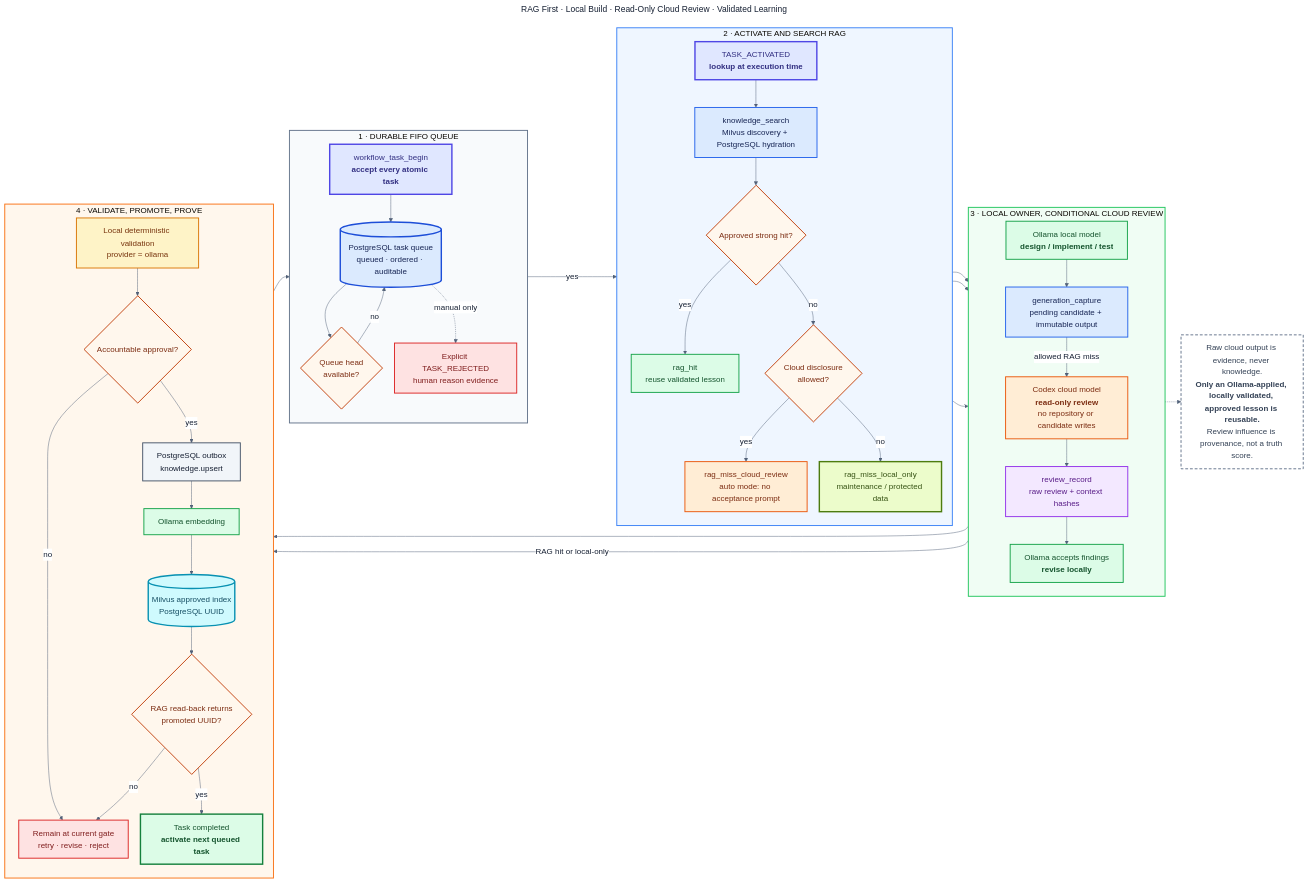
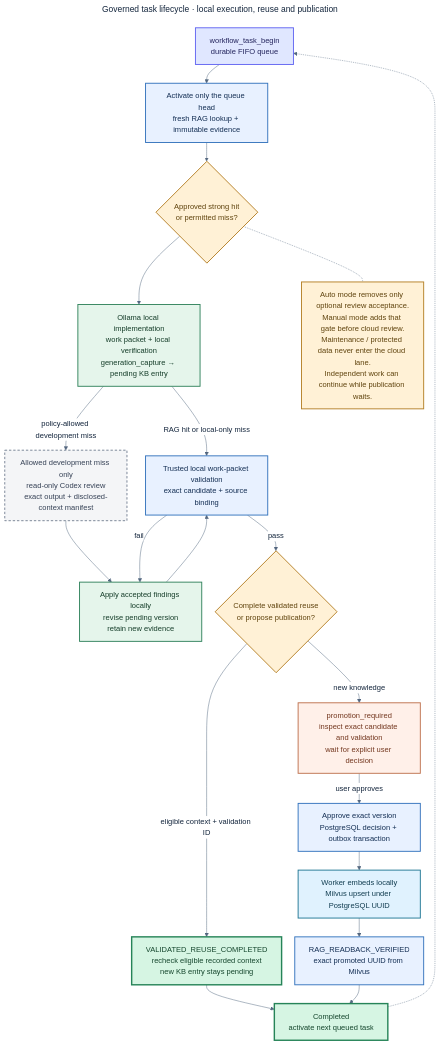
The diagram in docs/diagrams/hybrid-ai-review-learning-loop.mmd (dhanuka84/local-ai-development-platform), drawn with Mermaid before and after one commit. The commit also changed 71 other files, not shown here.

```diff
--- a/docs/diagrams/hybrid-ai-review-learning-loop.mmd
+++ b/docs/diagrams/hybrid-ai-review-learning-loop.mmd
@@ -1,101 +1,40 @@
 ---
-title: RAG First · Local Build · Read-Only Cloud Review · Validated Learning
+title: Governed task lifecycle · local execution, reuse and publication
 ---
-%%{init: {
-  "theme": "base",
-  "themeVariables": {
-    "fontFamily": "Inter, ui-sans-serif, system-ui, sans-serif",
-    "fontSize": "17px",
-    "primaryTextColor": "#162033",
-    "lineColor": "#526178",
-    "edgeLabelBackground": "#ffffff"
-  },
-  "flowchart": {"defaultRenderer": "dagre", "curve": "basis", "htmlLabels": true, "nodeSpacing": 26, "rankSpacing": 34}
-}}%%
-flowchart LR
+%%{init: {"theme":"base","themeVariables":{"fontFamily":"Arial, sans-serif","fontSize":"16px","primaryTextColor":"#14263d","lineColor":"#53677f","edgeLabelBackground":"#ffffff"},"flowchart":{"curve":"basis","htmlLabels":true,"nodeSpacing":28,"rankSpacing":40},"fontFamily":"Arial, sans-serif","themeCSS":".nodeLabel, .edgeLabel, .cluster-label, .flowchartTitleText { font-family: Arial, sans-serif !important; }"}}%%
+flowchart TB
+    QUEUE["workflow_task_begin<br/>durable FIFO queue"]:::client
+    ACT["Activate only the queue head<br/>fresh RAG lookup + immutable evidence"]:::service
+    ROUTE{"Approved strong hit<br/>or permitted miss?"}:::gate
+    LOCAL["Ollama local implementation<br/>work packet + local verification<br/>generation_capture → pending KB entry"]:::local
+    CLOUD["Allowed development miss only<br/>read-only Codex review<br/>exact output + disclosed-context manifest"]:::target
+    REVISE["Apply accepted findings locally<br/>revise pending version<br/>retain new evidence"]:::local
+    VALID["Trusted local work-packet validation<br/>exact candidate + source binding"]:::service
+    USE{"Complete validated reuse<br/>or propose publication?"}:::gate
+    REUSE["VALIDATED_REUSE_COMPLETED<br/>recheck eligible recorded context<br/>new KB entry stays pending"]:::done
+    WAIT["promotion_required<br/>inspect exact candidate and validation<br/>wait for explicit user decision"]:::pending
+    PUB["Approve exact version<br/>PostgreSQL decision + outbox transaction"]:::service
+    INDEX["Worker embeds locally<br/>Milvus upsert under PostgreSQL UUID"]:::data
+    BACK["RAG_READBACK_VERIFIED<br/>exact promoted UUID from Milvus"]:::service
+    DONE["Completed<br/>activate next queued task"]:::done
+    QUEUE --> ACT --> ROUTE --> LOCAL
+    LOCAL -->|RAG hit or local-only miss| VALID
+    LOCAL -->|policy-allowed development miss| CLOUD --> REVISE --> VALID
+    VALID -->|pass| USE
+    VALID -->|fail| REVISE
+    USE -->|eligible context + validation ID| REUSE --> DONE
+    USE -->|new knowledge| WAIT
+    WAIT -->|user approves| PUB --> INDEX --> BACK --> DONE
+    DONE -.-> QUEUE
+    NOTE["Auto mode removes only optional review acceptance.<br/>Manual mode adds that gate before cloud review.<br/>Maintenance / protected data never enter the cloud lane.<br/>Independent work can continue while publication waits."]:::gate
+    ROUTE -.- NOTE
 
-    subgraph QUEUE["1 · DURABLE FIFO QUEUE"]
-        direction TB
-        SUBMIT["workflow_task_begin<br/><b>accept every atomic task</b>"]:::control
-        FIFO[("PostgreSQL task queue<br/>queued · ordered · auditable")]:::database
-        HEAD{"Queue head<br/>available?"}:::decision
-        REJECT["Explicit TASK_REJECTED<br/>human reason evidence"]:::reject
-        SUBMIT --> FIFO --> HEAD
-        FIFO -. "manual only" .-> REJECT
-    end
-
-    subgraph ROUTE["2 · ACTIVATE AND SEARCH RAG"]
-        direction TB
-        ACTIVATE["TASK_ACTIVATED<br/><b>lookup at execution time</b>"]:::control
-        SEARCH["knowledge_search<br/>Milvus discovery + PostgreSQL hydration"]:::gateway
-        MATCH{"Approved strong hit?"}:::decision
-        POLICY{"Cloud disclosure<br/>allowed?"}:::decision
-        HIT["rag_hit<br/>reuse validated lesson"]:::local
-        MISS["rag_miss_cloud_review<br/>auto mode: no acceptance prompt"]:::cloud
-        LOCALONLY["rag_miss_local_only<br/>maintenance / protected data"]:::maintenance
-        ACTIVATE --> SEARCH --> MATCH
-        MATCH -- yes --> HIT
-        MATCH -- no --> POLICY
-        POLICY -- yes --> MISS
-        POLICY -- no --> LOCALONLY
-    end
-
-    subgraph WORK["3 · LOCAL OWNER, CONDITIONAL CLOUD REVIEW"]
-        direction TB
-        OLLAMA["Ollama local model<br/><b>design / implement / test</b>"]:::local
-        CAPTURE["generation_capture<br/>pending candidate + immutable output"]:::gateway
-        CLOUD["Codex cloud model<br/><b>read-only review</b><br/>no repository or candidate writes"]:::cloud
-        RAW["review_record<br/>raw review + context hashes"]:::artifact
-        REVISE["Ollama accepts findings<br/><b>revise locally</b>"]:::local
-        HIT --> OLLAMA
-        LOCALONLY --> OLLAMA
-        MISS --> OLLAMA
-        OLLAMA --> CAPTURE
-        CAPTURE -->|"allowed RAG miss"| CLOUD --> RAW --> REVISE
-    end
-
-    subgraph LEARN["4 · VALIDATE, PROMOTE, PROVE"]
-        direction TB
-        VALIDATE["Local deterministic validation<br/>provider = ollama"]:::verify
-        APPROVE{"Accountable approval?"}:::decision
-        OUTBOX["PostgreSQL outbox<br/>knowledge.upsert"]:::service
-        EMBED["Ollama embedding"]:::local
-        MILVUS[("Milvus approved index<br/>PostgreSQL UUID")]:::vector
-        READBACK{"RAG read-back returns<br/>promoted UUID?"}:::decision
-        BLOCK["Remain at current gate<br/>retry · revise · reject"]:::reject
-        DONE["Task completed<br/><b>activate next queued task</b>"]:::done
-        REVISE --> VALIDATE
-        CAPTURE -->|"RAG hit or local-only"| VALIDATE
-        VALIDATE --> APPROVE
-        APPROVE -- yes --> OUTBOX --> EMBED --> MILVUS --> READBACK
-        APPROVE -- no --> BLOCK
-        READBACK -- no --> BLOCK
-        READBACK -- yes --> DONE
-    end
-
-    HEAD -- yes --> ACTIVATE
-    HEAD -- no --> FIFO
-    DONE --> FIFO
-
-    NOTE["Raw cloud output is evidence, never knowledge.<br/><b>Only an Ollama-applied, locally validated, approved lesson is reusable.</b><br/>Review influence is provenance, not a truth score."]:::note
-    RAW -.-> NOTE
-
-    classDef control fill:#e0e7ff,stroke:#4f46e5,color:#312e81,stroke-width:3px;
-    classDef gateway fill:#dbeafe,stroke:#2563eb,color:#172554,stroke-width:2px;
-    classDef local fill:#dcfce7,stroke:#16a34a,color:#14532d,stroke-width:2px;
-    classDef maintenance fill:#ecfccb,stroke:#4d7c0f,color:#365314,stroke-width:3px;
-    classDef cloud fill:#ffedd5,stroke:#ea580c,color:#7c2d12,stroke-width:2px;
-    classDef artifact fill:#f3e8ff,stroke:#9333ea,color:#581c87,stroke-width:2px;
-    classDef database fill:#dbeafe,stroke:#1d4ed8,color:#172554,stroke-width:3px;
-    classDef vector fill:#cffafe,stroke:#0891b2,color:#164e63,stroke-width:3px;
-    classDef decision fill:#fff7ed,stroke:#c2410c,color:#7c2d12,stroke-width:2px;
-    classDef verify fill:#fef3c7,stroke:#d97706,color:#78350f,stroke-width:2px;
-    classDef service fill:#f1f5f9,stroke:#475569,color:#172033,stroke-width:2px;
-    classDef reject fill:#fee2e2,stroke:#dc2626,color:#7f1d1d,stroke-width:2px;
-    classDef done fill:#dcfce7,stroke:#15803d,color:#14532d,stroke-width:3px;
-    classDef note fill:#ffffff,stroke:#64748b,color:#334155,stroke-width:2px,stroke-dasharray: 6 4;
-
-    style QUEUE fill:#f8fafc,stroke:#64748b,stroke-width:2px
-    style ROUTE fill:#eff6ff,stroke:#3b82f6,stroke-width:2px
-    style WORK fill:#f0fdf4,stroke:#22c55e,stroke-width:2px
-    style LEARN fill:#fff7ed,stroke:#f97316,stroke-width:2px
+    classDef client fill:#e0e7ff,stroke:#6366f1,color:#25265e,stroke-width:2px;
+    classDef service fill:#e8f1ff,stroke:#3574bd,color:#142f54,stroke-width:2px;
+    classDef local fill:#e5f5eb,stroke:#33845e,color:#163e2a,stroke-width:2px;
+    classDef data fill:#e0f2fe,stroke:#237895,color:#113d50,stroke-width:2px;
+    classDef evidence fill:#f1e8ff,stroke:#8860b5,color:#422760,stroke-width:2px;
+    classDef gate fill:#fff1d6,stroke:#b58128,color:#60440e,stroke-width:2px;
+    classDef pending fill:#fff0e9,stroke:#bf7350,color:#743820,stroke-width:2px;
+    classDef target fill:#f4f5f7,stroke:#778395,color:#374357,stroke-width:2px,stroke-dasharray:5 4;
+    classDef done fill:#d6f5e3,stroke:#268458,color:#16472e,stroke-width:3px;
```
